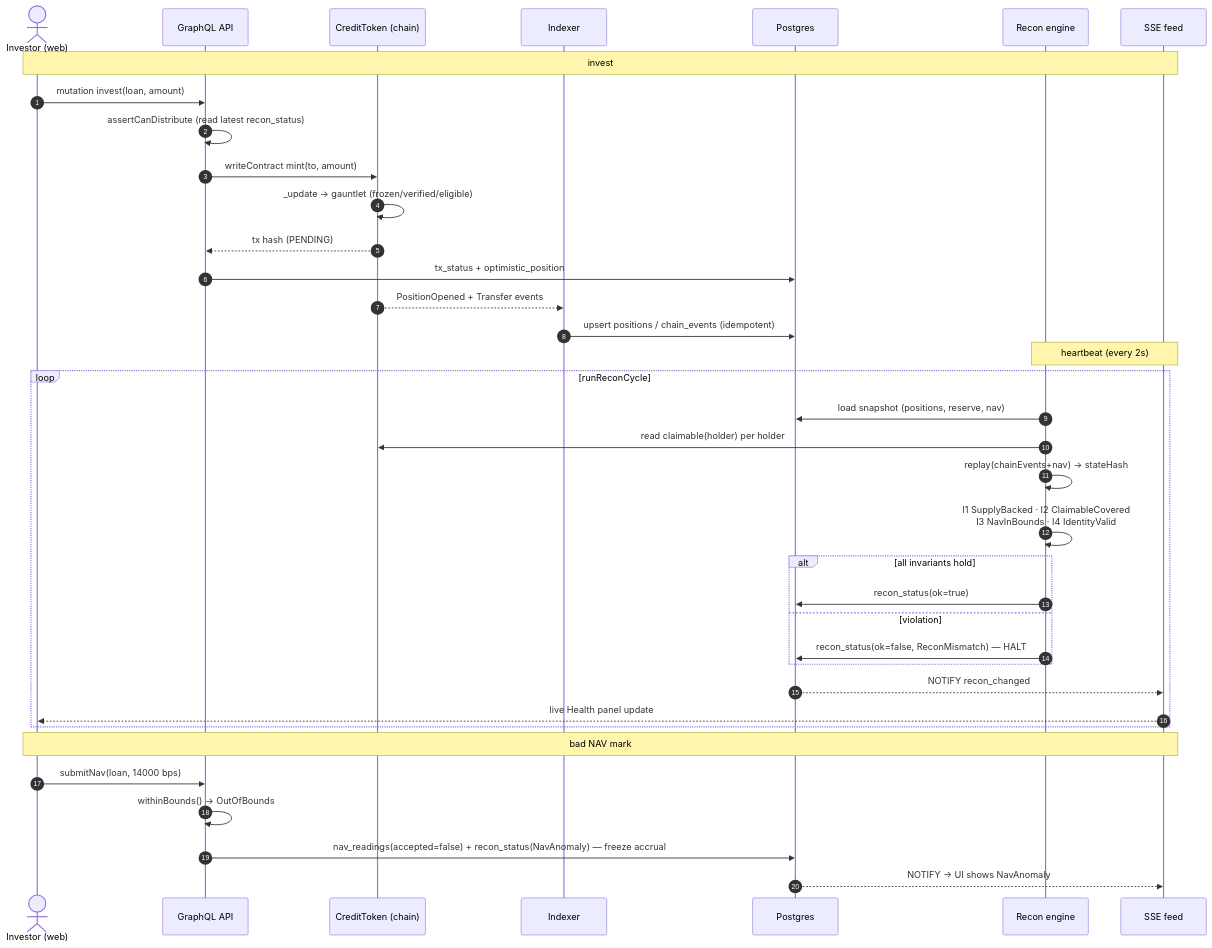
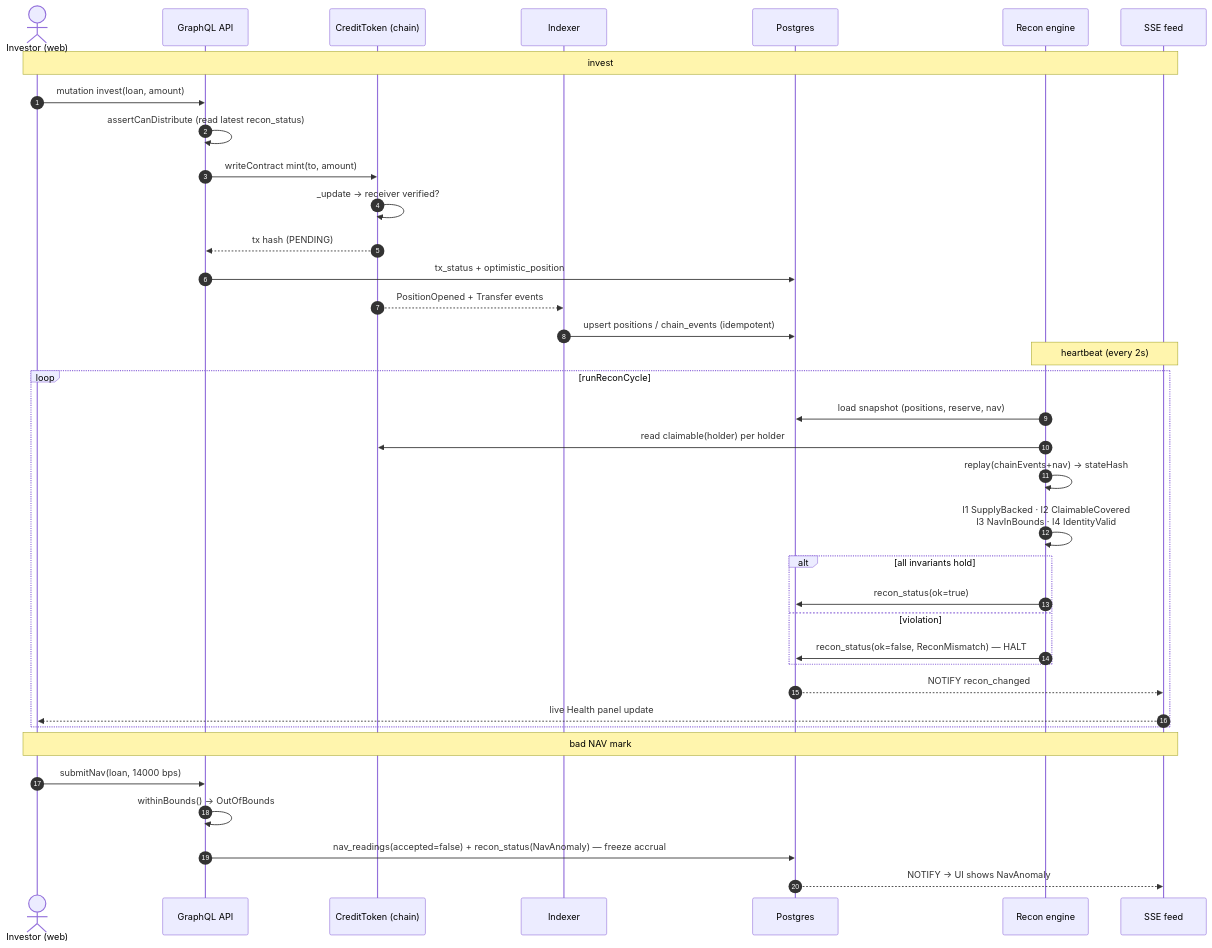
The sixth of 14 diagrams in docs/architecture/MAP.md (xbt-a4224j/permissioned-credit-ledger), drawn with Mermaid before and after one commit. The commit also changed other lines of this file and 69 other files, not shown here.

````diff
--- a/docs/architecture/MAP.md
+++ b/docs/architecture/MAP.md
@@ -371,42 +341,42 @@
 ```mermaid
 sequenceDiagram
   autonumber
   actor U as Investor (web)
   participant API as GraphQL API
   participant CT as CreditToken (chain)
   participant IDX as Indexer
   participant DB as Postgres
   participant RE as Recon engine
   participant SSE as SSE feed
 
   Note over U,SSE: invest
   U->>API: mutation invest(loan, amount)
   API->>API: assertCanDistribute (read latest recon_status)
   API->>CT: writeContract mint(to, amount)
-  CT->>CT: _update → gauntlet (frozen/verified/eligible)
+  CT->>CT: _update → receiver verified?
   CT-->>API: tx hash (PENDING)
   API->>DB: tx_status + optimistic_position
   CT-->>IDX: PositionOpened + Transfer events
   IDX->>DB: upsert positions / chain_events (idempotent)
 
   Note over RE,SSE: heartbeat (every 2s)
   loop runReconCycle
     RE->>DB: load snapshot (positions, reserve, nav)
     RE->>CT: read claimable(holder) per holder
     RE->>RE: replay(chainEvents+nav) → stateHash
     RE->>RE: I1 SupplyBacked · I2 ClaimableCovered<br/>I3 NavInBounds · I4 IdentityValid
     alt all invariants hold
       RE->>DB: recon_status(ok=true)
     else violation
       RE->>DB: recon_status(ok=false, ReconMismatch) — HALT
     end
     DB-->>SSE: NOTIFY recon_changed
     SSE-->>U: live Health panel update
   end
 
   Note over U,SSE: bad NAV mark
   U->>API: submitNav(loan, 14000 bps)
   API->>API: withinBounds() → OutOfBounds
   API->>DB: nav_readings(accepted=false) + recon_status(NavAnomaly) — freeze accrual
   DB-->>SSE: NOTIFY → UI shows NavAnomaly
 ```
````
